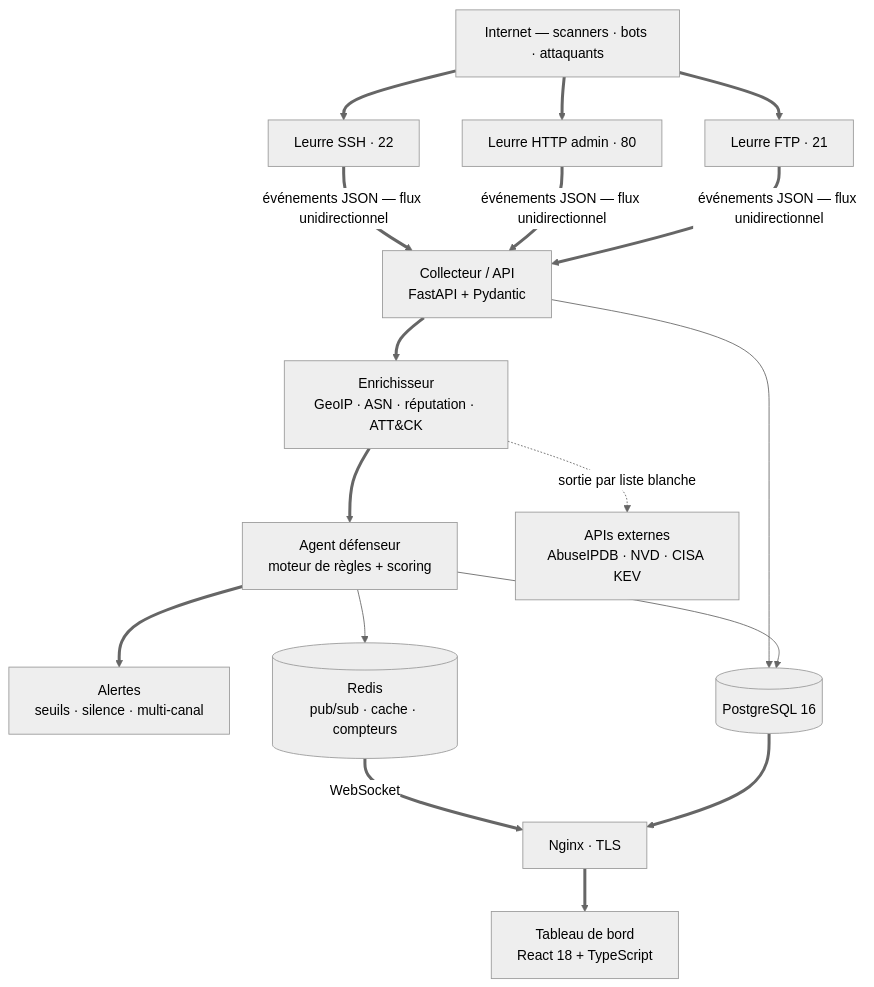
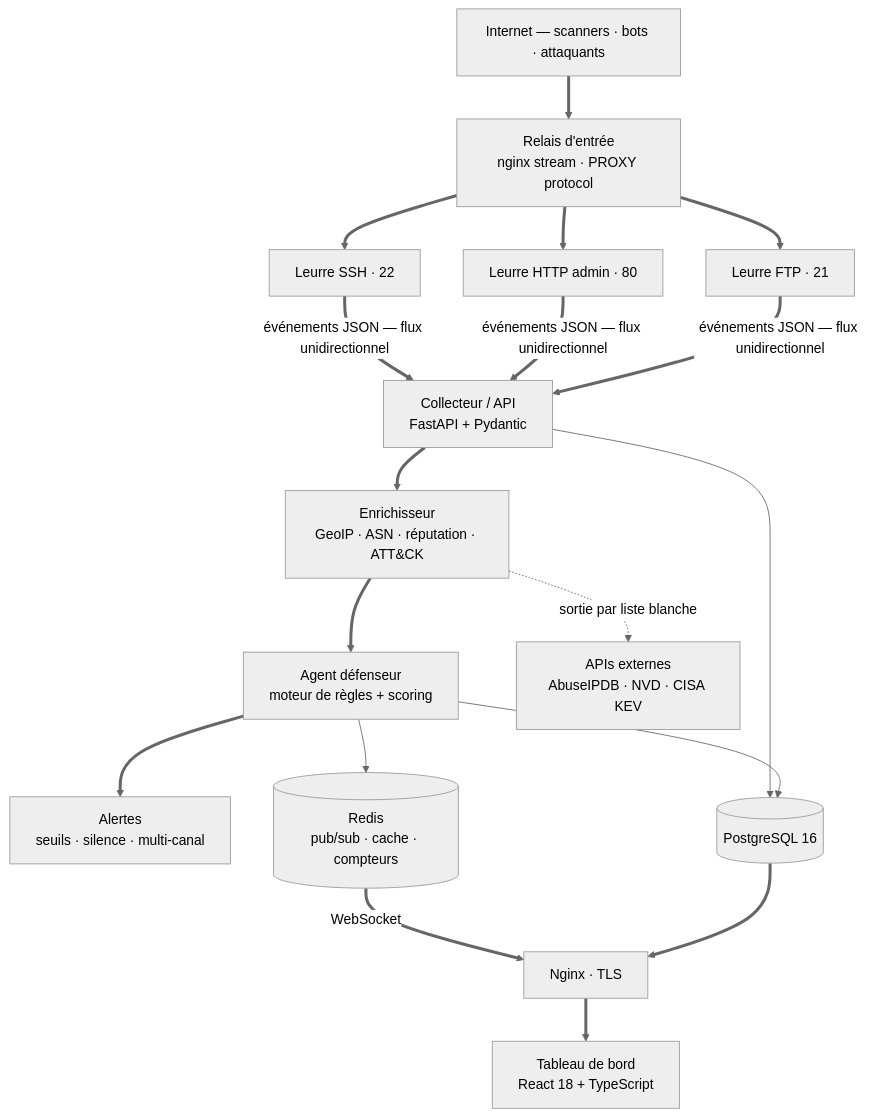
The first of 2 diagrams in README.md (Melopheelo12/Shield), drawn with Mermaid (neutral theme) before and after one commit. The commit also changed other lines of this file and 7 other files, not shown here.

First line of the commit message:
fix(deploy): expose les leurres par un relais d'entrée et le PROXY protocol (#67)

````diff
--- a/README.md
+++ b/README.md
@@ -49,27 +49,28 @@
 ```mermaid
 flowchart TB
     NET["Internet — scanners · bots · attaquants"]
+    EDG["Relais d'entrée<br/>nginx stream · PROXY protocol"]
     S1["Leurre SSH · 22"]
     S2["Leurre HTTP admin · 80"]
     S3["Leurre FTP · 21"]
     COL["Collecteur / API<br/>FastAPI + Pydantic"]
     ENR["Enrichisseur<br/>GeoIP · ASN · réputation · ATT&CK"]
     DEF["Agent défenseur<br/>moteur de règles + scoring"]
     ALR["Alertes<br/>seuils · silence · multi-canal"]
     PG[("PostgreSQL 16")]
     RD[("Redis<br/>pub/sub · cache · compteurs")]
     NGX["Nginx · TLS"]
     UI["Tableau de bord<br/>React 18 + TypeScript"]
     EXT["APIs externes<br/>AbuseIPDB · NVD · CISA KEV"]
 
-    NET ==> S1 & S2 & S3
+    NET ==> EDG ==> S1 & S2 & S3
     S1 & S2 & S3 ==>|"événements JSON — flux unidirectionnel"| COL
     COL ==> ENR ==> DEF ==> ALR
     COL --> PG
     DEF --> PG
     DEF --> RD
     ENR -. "sortie par liste blanche" .-> EXT
     RD ==>|"WebSocket"| NGX
     PG ==> NGX
     NGX ==> UI
 ```
````
